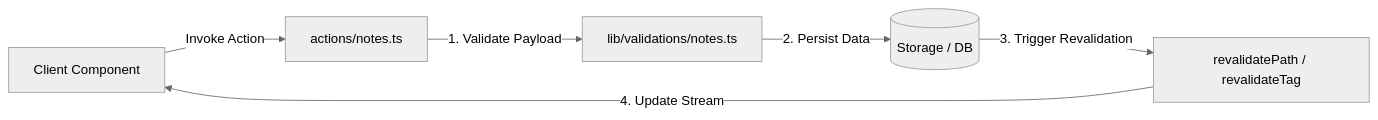
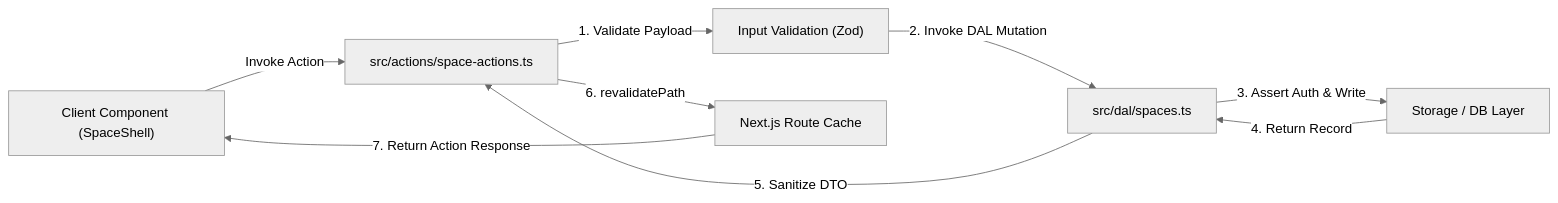
The second of 2 diagrams in ARCHITECTURE.md (ianmaciel7/notes-app), drawn with Mermaid (neutral theme) before and after one commit. The commit also changed other lines of this file and 63 other files, not shown here.

Commit message:
feat: implement local-first data access layer, space domain features, test suites, and Portuguese documentation translations

````diff
--- a/ARCHITECTURE.md
+++ b/ARCHITECTURE.md
@@ -123,8 +165,11 @@
 ```mermaid
 flowchart LR
-    ClientUI[Client Component] -->|Invoke Action| Action[actions/notes.ts]
-    Action -->|1. Validate Payload| Zod[lib/validations/notes.ts]
-    Zod -->|2. Persist Data| DB[(Storage / DB)]
-    DB -->|3. Trigger Revalidation| Cache[revalidatePath / revalidateTag]
-    Cache -->|4. Update Stream| ClientUI
+    ClientUI["Client Component (SpaceShell)"] -->|Invoke Action| Action["src/actions/space-actions.ts"]
+    Action -->|1. Validate Payload| Zod["Input Validation (Zod)"]
+    Zod -->|2. Invoke DAL Mutation| DAL["src/dal/spaces.ts"]
+    DAL -->|3. Assert Auth & Write| Storage["Storage / DB Layer"]
+    Storage -->|4. Return Record| DAL
+    DAL -->|5. Sanitize DTO| Action
+    Action -->|6. revalidatePath| Cache["Next.js Route Cache"]
+    Cache -->|7. Return Action Response| ClientUI
 ```
````
